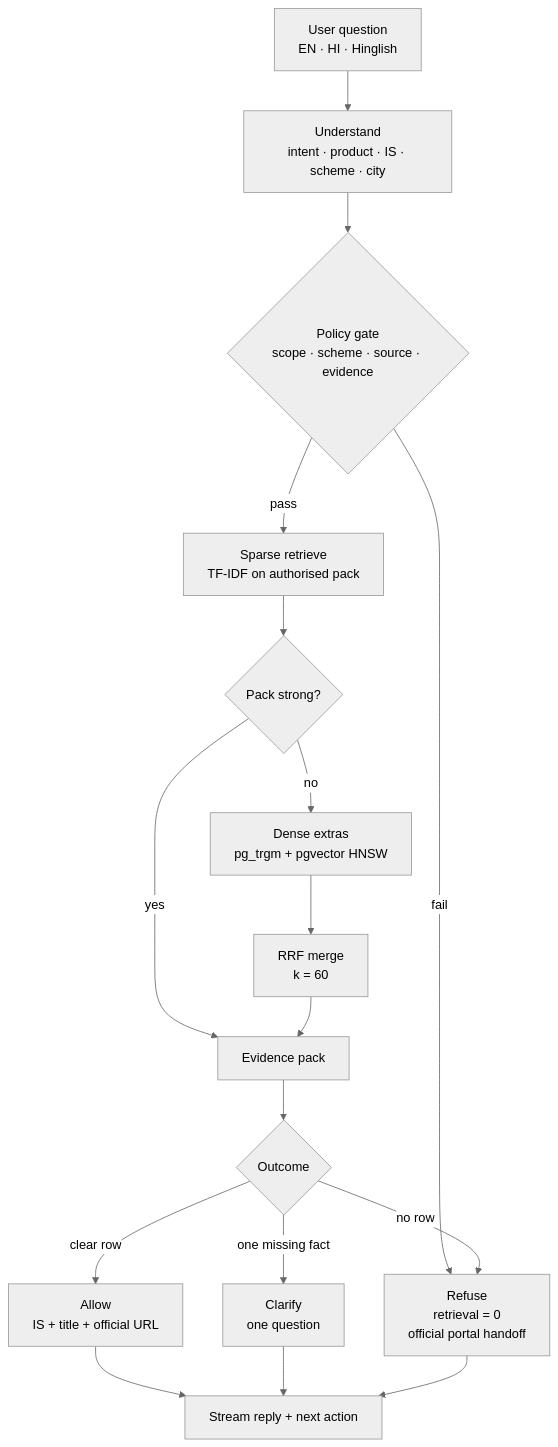
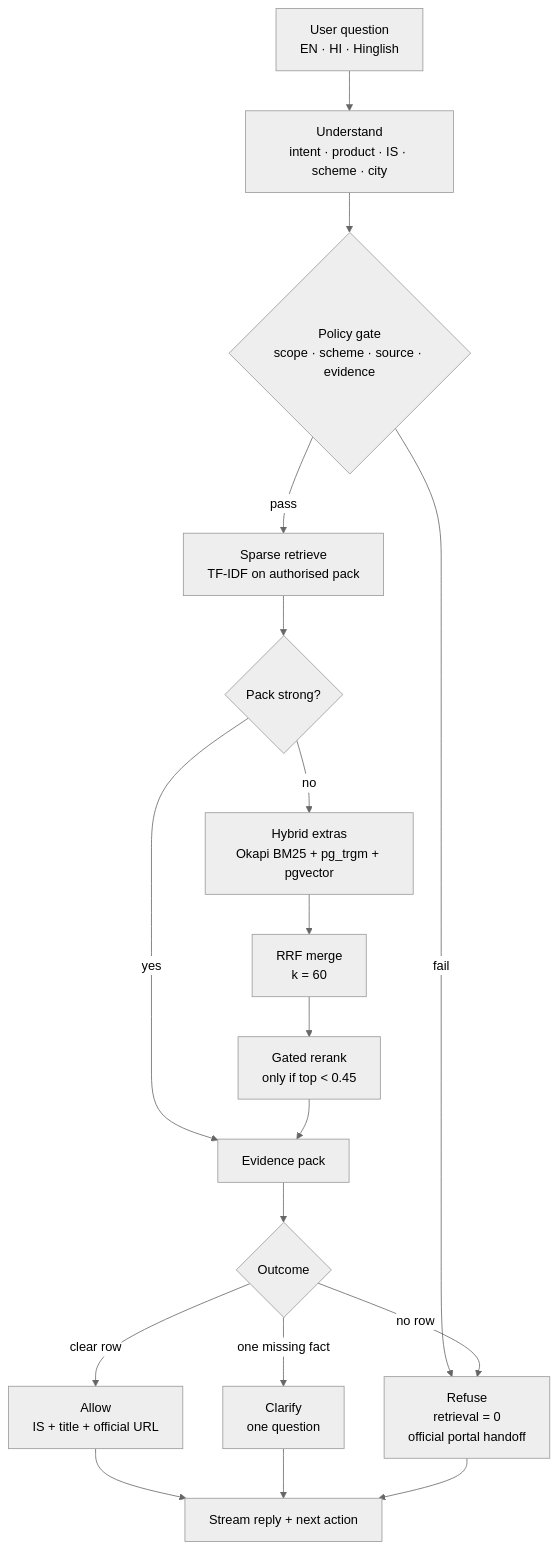
One commit to owais265/ManakMitra changed the diagram in README.md. Above: the diagram before and after it, drawn with Mermaid (neutral theme). The commit also changed other lines of this file, not shown here.

Commit message:
README: judge-facing TL;DR, design decisions, hybrid math, anti-hallucination, and business path — no invented metrics

````diff
--- a/README.md
+++ b/README.md
@@ -135,19 +187,20 @@
 ```mermaid
 flowchart TD
   Q[User question<br/>EN · HI · Hinglish] --> U[Understand<br/>intent · product · IS · scheme · city]
   U --> G{Policy gate<br/>scope · scheme · source · evidence}
   G -->|fail| X[Refuse<br/>retrieval = 0<br/>official portal handoff]
   G -->|pass| S[Sparse retrieve<br/>TF-IDF on authorised pack]
   S --> W{Pack strong?}
   W -->|yes| E[Evidence pack]
-  W -->|no| H[Dense extras<br/>pg_trgm + pgvector HNSW]
+  W -->|no| H[Hybrid extras<br/>Okapi BM25 + pg_trgm + pgvector]
   H --> F[RRF merge<br/>k = 60]
-  F --> E
+  F --> RR[Gated rerank<br/>only if top < 0.45]
+  RR --> E
   E --> O{Outcome}
   O -->|clear row| A[Allow<br/>IS + title + official URL]
   O -->|one missing fact| C[Clarify<br/>one question]
   O -->|no row| X
   A --> R[Stream reply + next action]
   C --> R
   X --> R
 ```
````
